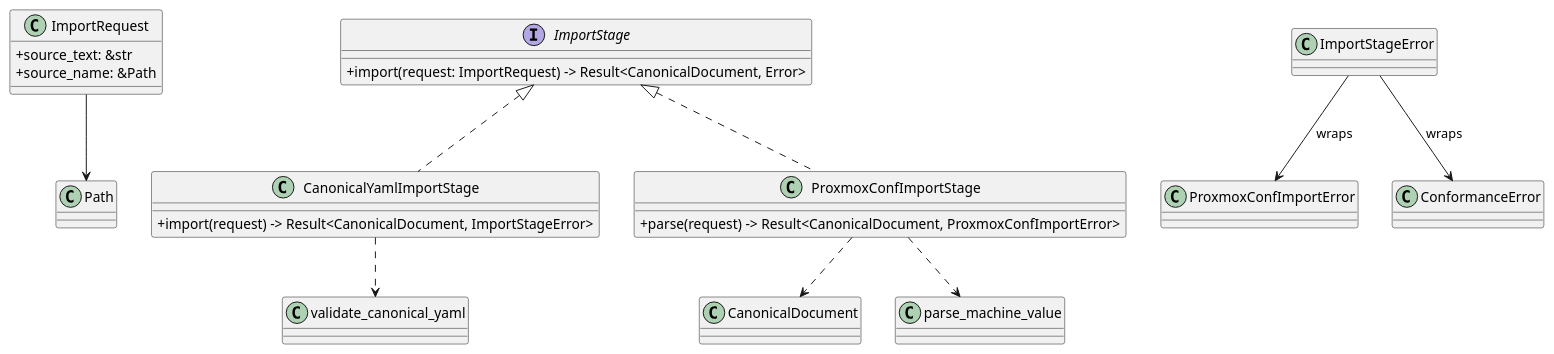
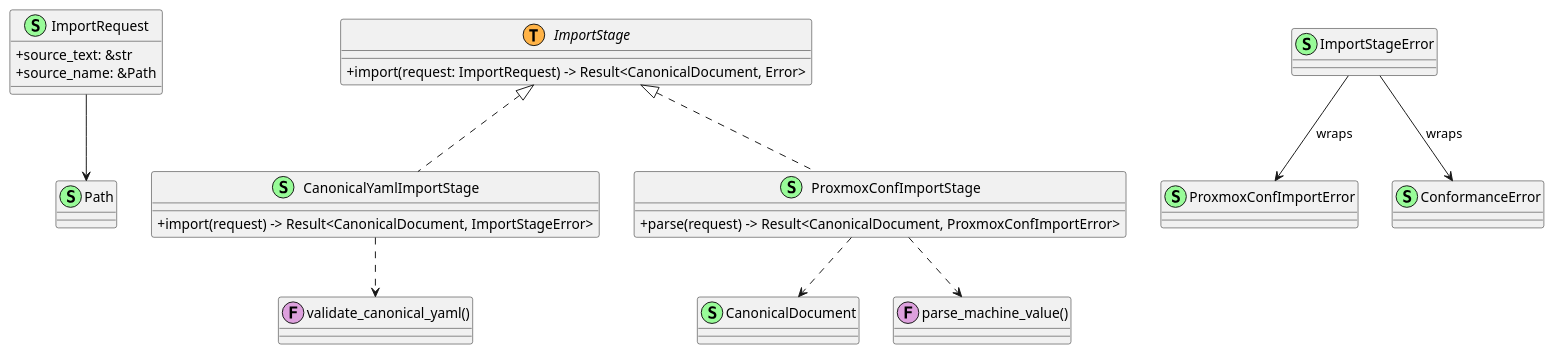
One commit to hurenkam/ezkvm changed the first of 2 diagrams in doc/dev/architecture/design/import-stage.md. Above: the diagram before and after it, drawn with PlantUML. The commit also changed 3 other files, not shown here.

Commit message:
improved class diagrams

````diff
--- a/doc/dev/architecture/design/import-stage.md
+++ b/doc/dev/architecture/design/import-stage.md
@@ -17,39 +17,43 @@
 ```plantuml
 @startuml
 skinparam classAttributeIconSize 0
 
-class ImportRequest {
+class ImportRequest << (S,#98FB98) >> {
   +source_text: &str
   +source_name: &Path
 }
 
-interface ImportStage {
+interface ImportStage << (T,#FFB347) >> {
   +import(request: ImportRequest) -> Result<CanonicalDocument, Error>
 }
 
-class ImportStageError {
+class ImportStageError << (S,#98FB98) >> {
 }
 
-class CanonicalYamlImportStage {
+class CanonicalYamlImportStage << (S,#98FB98) >> {
   +import(request) -> Result<CanonicalDocument, ImportStageError>
 }
 
-class ProxmoxConfImportStage {
+class ProxmoxConfImportStage << (S,#98FB98) >> {
   +parse(request) -> Result<CanonicalDocument, ProxmoxConfImportError>
 }
 
-class ProxmoxConfImportError {
+class ProxmoxConfImportError << (S,#98FB98) >> {
 }
 
-class CanonicalDocument
+class CanonicalDocument << (S,#98FB98) >>
+class Path << (S,#98FB98) >>
+class ConformanceError << (S,#98FB98) >>
+class "validate_canonical_yaml()" as ValidateCanonicalYaml << (F,#DDA0DD) >>
+class "parse_machine_value()" as ParseMachineValue << (F,#DDA0DD) >>
 
 ImportStage <|.. CanonicalYamlImportStage
 ImportStage <|.. ProxmoxConfImportStage
 ImportStageError --> ProxmoxConfImportError : wraps
 ImportStageError --> ConformanceError : wraps
-CanonicalYamlImportStage ..> validate_canonical_yaml
-ProxmoxConfImportStage ..> parse_machine_value
+CanonicalYamlImportStage ..> ValidateCanonicalYaml
+ProxmoxConfImportStage ..> ParseMachineValue
 ProxmoxConfImportStage ..> CanonicalDocument
 ImportRequest --> Path
 @enduml
 ```
````
